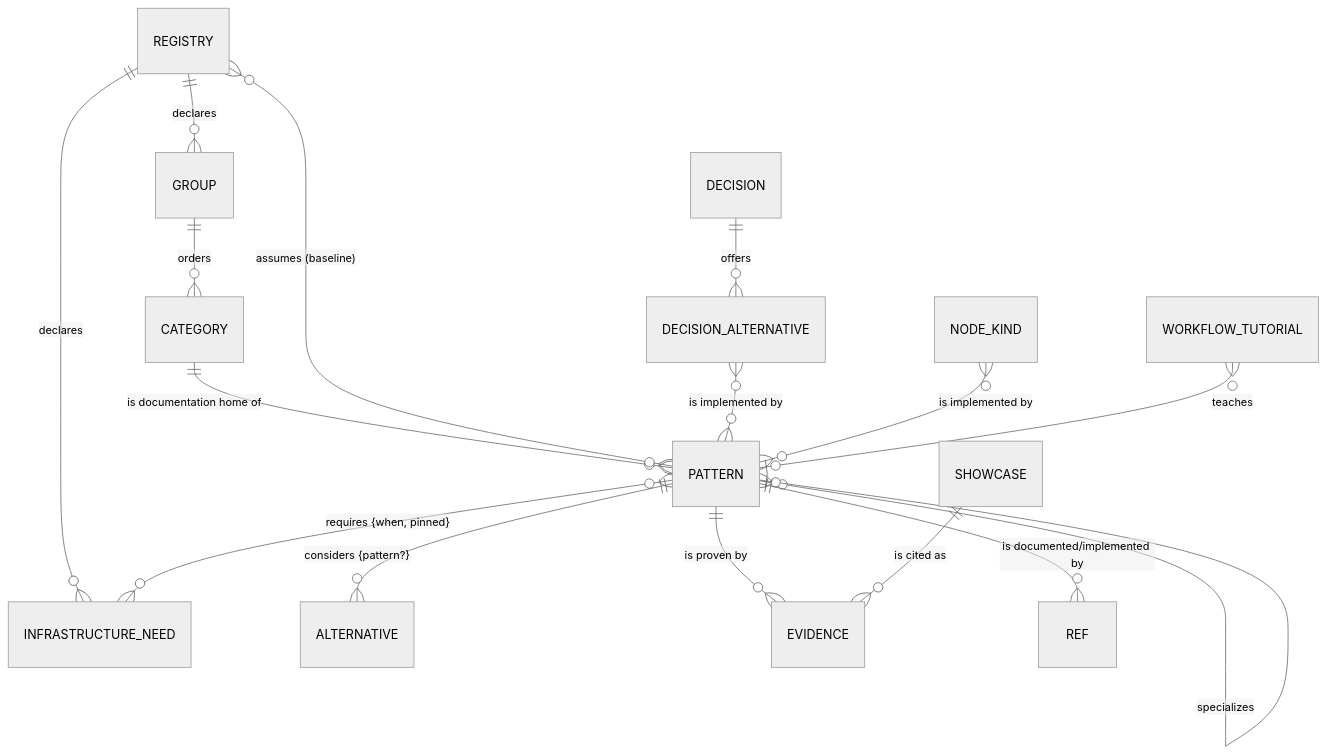
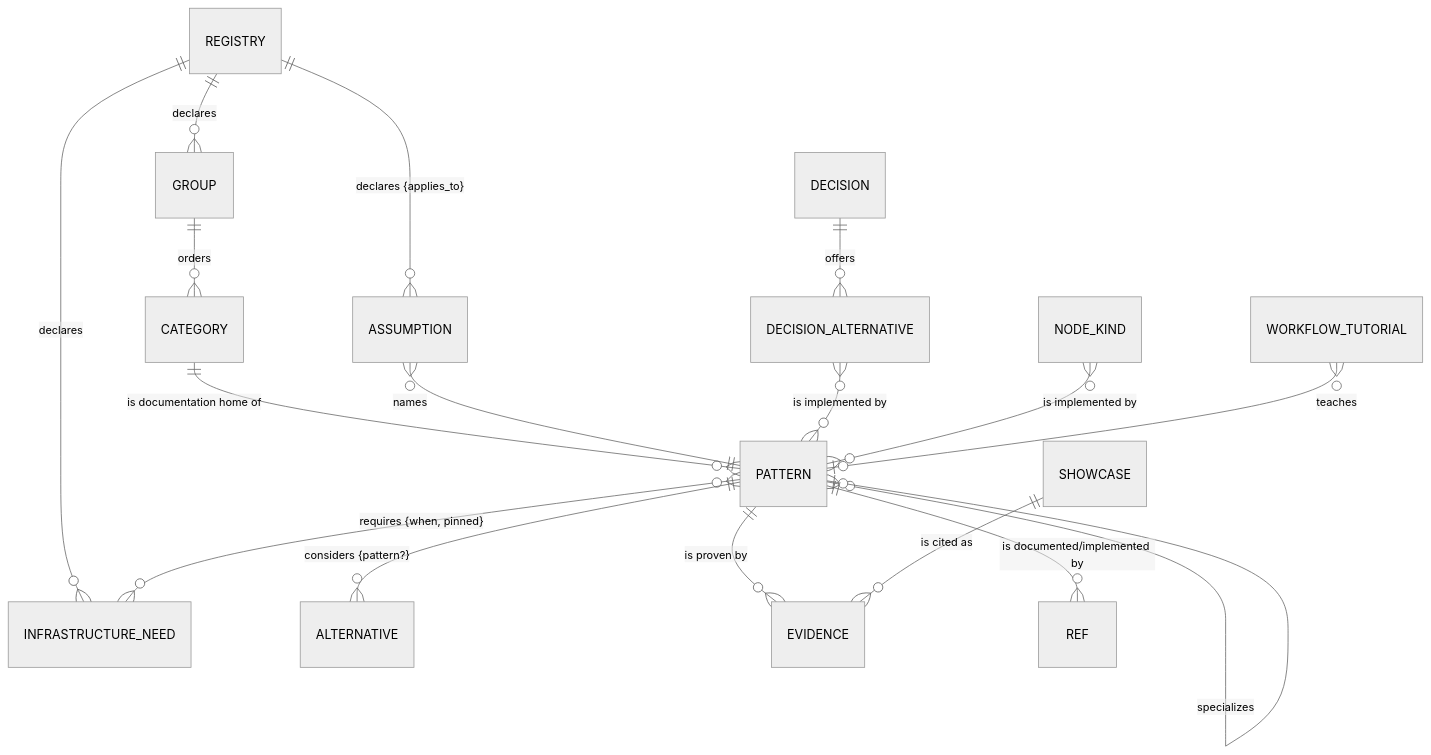
Before and after one commit to ApeDevil/v10r: the diagram in docs/blueprint/architecture/pattern-ontology-engineering/target-ontology.md, drawn with Mermaid (neutral theme). The commit also changed other lines of this file and 6 other files, not shown here.

````diff
--- a/docs/blueprint/architecture/pattern-ontology-engineering/target-ontology.md
+++ b/docs/blueprint/architecture/pattern-ontology-engineering/target-ontology.md
@@ -41,20 +43,21 @@
 ```mermaid
 erDiagram
   REGISTRY ||--o{ GROUP : declares
   GROUP ||--o{ CATEGORY : orders
   CATEGORY ||--o{ PATTERN : "is documentation home of"
   REGISTRY ||--o{ INFRASTRUCTURE_NEED : declares
-  REGISTRY }o--o{ PATTERN : "assumes (baseline)"
+  REGISTRY ||--o{ ASSUMPTION : "declares {applies_to}"
+  ASSUMPTION }o--|| PATTERN : "names"
   PATTERN }o--o{ PATTERN : "builds_on"
   PATTERN }o--o{ PATTERN : "composes {optional, when}"
   PATTERN }o--o| PATTERN : "specializes"
   PATTERN }o--o{ INFRASTRUCTURE_NEED : "requires {when, pinned}"
   PATTERN ||--o{ ALTERNATIVE : "considers {pattern?}"
   PATTERN ||--o{ EVIDENCE : "is proven by"
   PATTERN ||--o{ REF : "is documented/implemented by"
   DECISION ||--o{ DECISION_ALTERNATIVE : offers
   DECISION_ALTERNATIVE }o--o{ PATTERN : "is implemented by"
   NODE_KIND }o--o{ PATTERN : "is implemented by"
   SHOWCASE ||--o{ EVIDENCE : "is cited as"
   WORKFLOW_TUTORIAL }o--o| PATTERN : teaches
 ```
````
